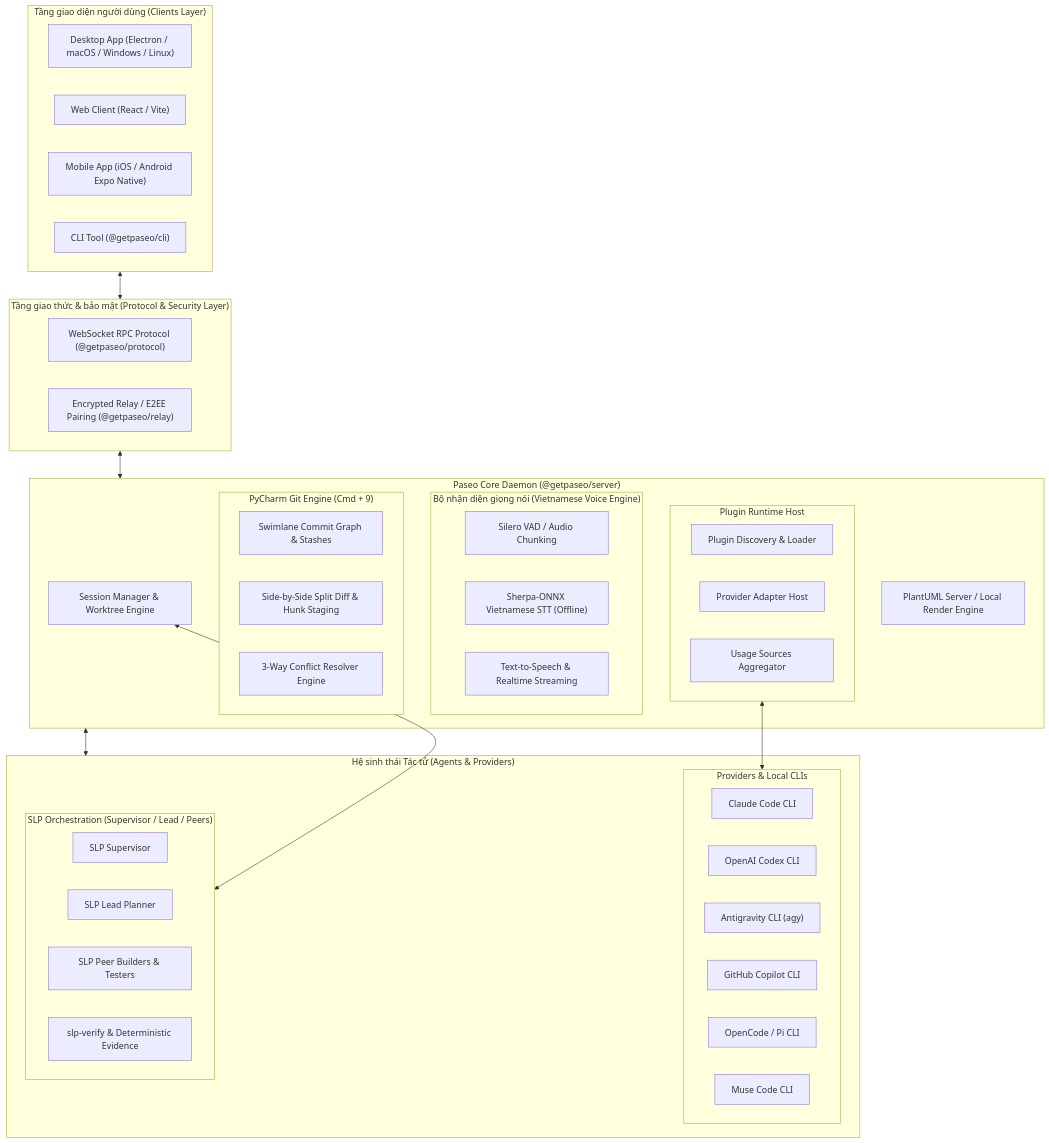
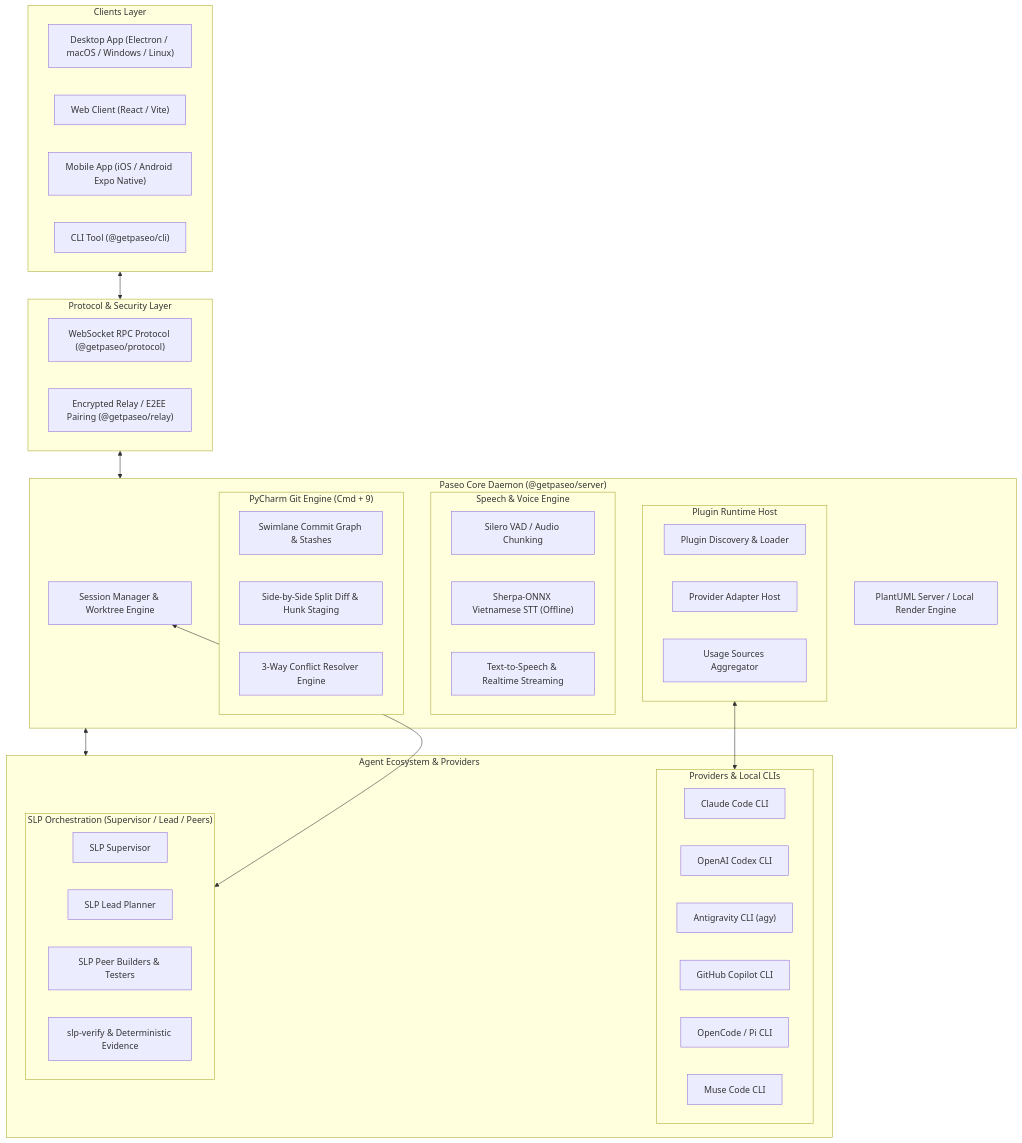
Before and after one commit to luongndcoder/paseo: the first of 3 diagrams in README.md, drawn with Mermaid. The commit also changed other lines of this file and 2 other files, not shown here.

Commit message:
docs: translate plugin and architecture documentation to English and add registry publishing guide

````diff
--- a/README.md
+++ b/README.md
@@ -65,62 +65,62 @@
 ```mermaid
 flowchart TD
-    subgraph Clients["Tầng giao diện người dùng (Clients Layer)"]
+    subgraph Clients["Clients Layer"]
         Desktop["Desktop App (Electron / macOS / Windows / Linux)"]
         Web["Web Client (React / Vite)"]
         Mobile["Mobile App (iOS / Android Expo Native)"]
         CLI["CLI Tool (@getpaseo/cli)"]
     end
 
-    subgraph ProtocolLayer["Tầng giao thức & bảo mật (Protocol & Security Layer)"]
+    subgraph ProtocolLayer["Protocol & Security Layer"]
         WSRPC["WebSocket RPC Protocol (@getpaseo/protocol)"]
         Relay["Encrypted Relay / E2EE Pairing (@getpaseo/relay)"]
     end
 
     subgraph CoreDaemon["Paseo Core Daemon (@getpaseo/server)"]
         SessionMgr["Session Manager & Worktree Engine"]
 
-        subgraph VoiceEngine["Bộ nhận diện giọng nói (Vietnamese Voice Engine)"]
+        subgraph VoiceEngine["Speech & Voice Engine"]
             VAD["Silero VAD / Audio Chunking"]
             SherpaONNX["Sherpa-ONNX Vietnamese STT (Offline)"]
             TTS["Text-to-Speech & Realtime Streaming"]
         end
 
         subgraph GitEngine["PyCharm Git Engine (Cmd + 9)"]
             GitGraph["Swimlane Commit Graph & Stashes"]
             SplitDiff["Side-by-Side Split Diff & Hunk Staging"]
             MergeResolver["3-Way Conflict Resolver Engine"]
         end
 
         subgraph PluginHost["Plugin Runtime Host"]
             PluginRegistry["Plugin Discovery & Loader"]
             ProviderHost["Provider Adapter Host"]
             UsageHost["Usage Sources Aggregator"]
         end
 
         PlantUML["PlantUML Server / Local Render Engine"]
     end
 
-    subgraph AgentEcosystem["Hệ sinh thái Tác tử (Agents & Providers)"]
+    subgraph AgentEcosystem["Agent Ecosystem & Providers"]
         subgraph Providers["Providers & Local CLIs"]
             Claude["Claude Code CLI"]
             Codex["OpenAI Codex CLI"]
             Antigravity["Antigravity CLI (agy)"]
             Copilot["GitHub Copilot CLI"]
             OpenCode["OpenCode / Pi CLI"]
             Muse["Muse Code CLI"]
         end
 
         subgraph SLP["SLP Orchestration (Supervisor / Lead / Peers)"]
             Supervisor["SLP Supervisor"]
             Lead["SLP Lead Planner"]
             Peers["SLP Peer Builders & Testers"]
             Verify["slp-verify & Deterministic Evidence"]
         end
     end
 
     Clients <--> ProtocolLayer
     ProtocolLayer <--> CoreDaemon
     CoreDaemon <--> AgentEcosystem
     PluginHost <--> Providers
     SessionMgr <--> SLP
 ```
````
